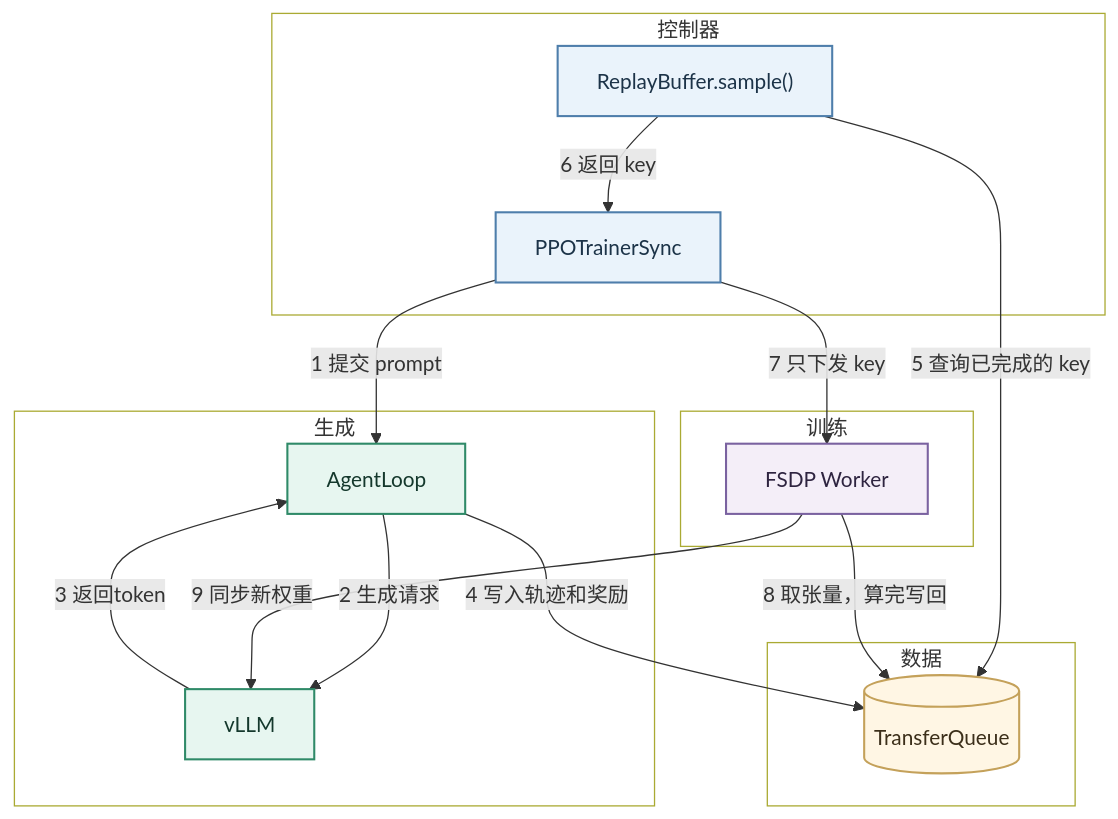
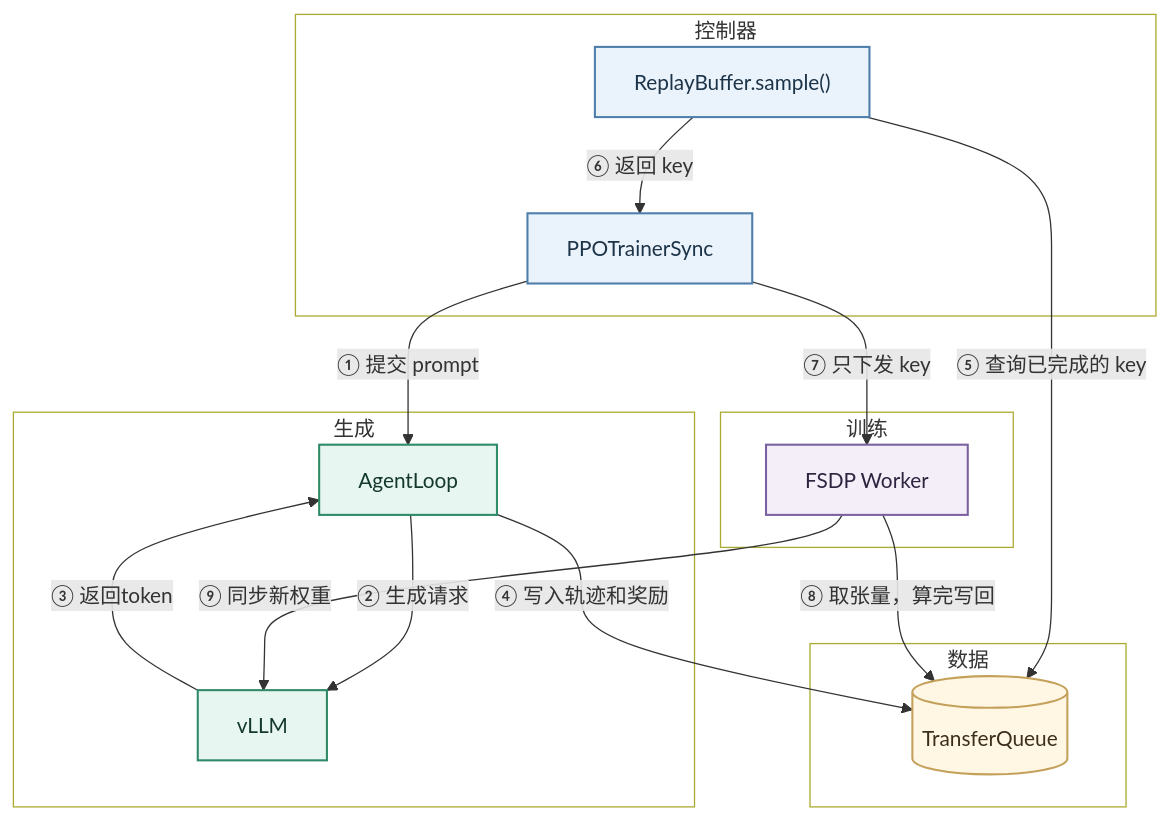
One commit to lxy-alexander/VoidIndex changed the first of 4 diagrams in src/content/posts/verl-arch.md. Above: the diagram before and after it, drawn with Mermaid. The commit also changed other lines of this file and 8 other files, not shown here.

Commit message:
Use circled step numbers in architecture diagrams

````diff
--- a/src/content/posts/verl-arch.md
+++ b/src/content/posts/verl-arch.md
@@ -28,38 +28,38 @@
 ```mermaid
 flowchart TB
     subgraph CTRL["控制器"]
         T["PPOTrainerSync"]
         RB["ReplayBuffer.sample()"]
     end
     subgraph DATA["数据"]
         TQ[("TransferQueue")]
     end
     subgraph GEN["生成"]
         AL["AgentLoop"]
         LS["vLLM"]
     end
     subgraph TRAIN["训练"]
         WG["FSDP Worker"]
     end
-    T -- "1 提交 prompt" --> AL
-    AL -- "2 生成请求" --> LS
-    LS -- "3 返回token" --> AL
-    AL -- "4 写入轨迹和奖励" --> TQ
-    RB -- "5 查询已完成的 key" --> TQ
-    RB -- "6 返回 key" --> T
-    T -- "7 只下发 key" --> WG
-    WG -- "8 取张量，算完写回" --> TQ
-    WG -- "9 同步新权重" --> LS
+    T -- "① 提交 prompt" --> AL
+    AL -- "② 生成请求" --> LS
+    LS -- "③ 返回token" --> AL
+    AL -- "④ 写入轨迹和奖励" --> TQ
+    RB -- "⑤ 查询已完成的 key" --> TQ
+    RB -- "⑥ 返回 key" --> T
+    T -- "⑦ 只下发 key" --> WG
+    WG -- "⑧ 取张量，算完写回" --> TQ
+    WG -- "⑨ 同步新权重" --> LS
     style CTRL fill:transparent
     style DATA fill:transparent
     style GEN fill:transparent
     style TRAIN fill:transparent
     classDef ctrl fill:#EAF3FB,stroke:#4E7EAB,stroke-width:1.6px,color:#1C3348
     classDef data fill:#FFF6E4,stroke:#C4A15A,stroke-width:1.6px,color:#3C2F1A
     classDef gen fill:#E7F6F0,stroke:#2F8A68,stroke-width:1.6px,color:#14382C
     classDef train fill:#F4EEF8,stroke:#7A62A0,stroke-width:1.6px,color:#2E2440
     class T,RB ctrl
     class TQ data
     class AL,LS gen
     class WG train
 ```
````
